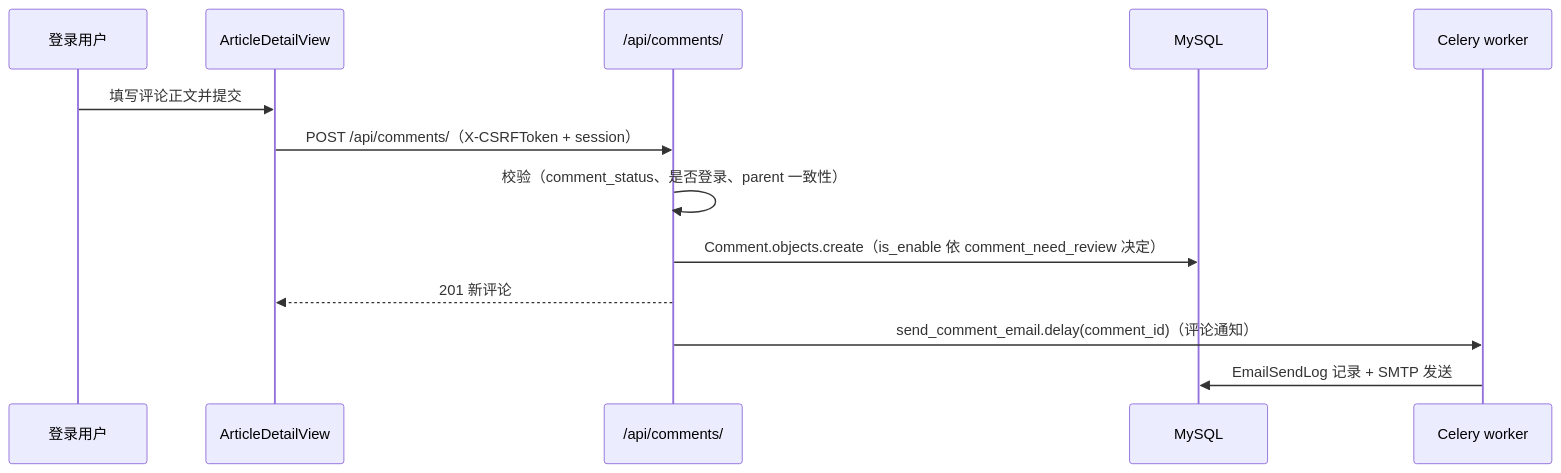
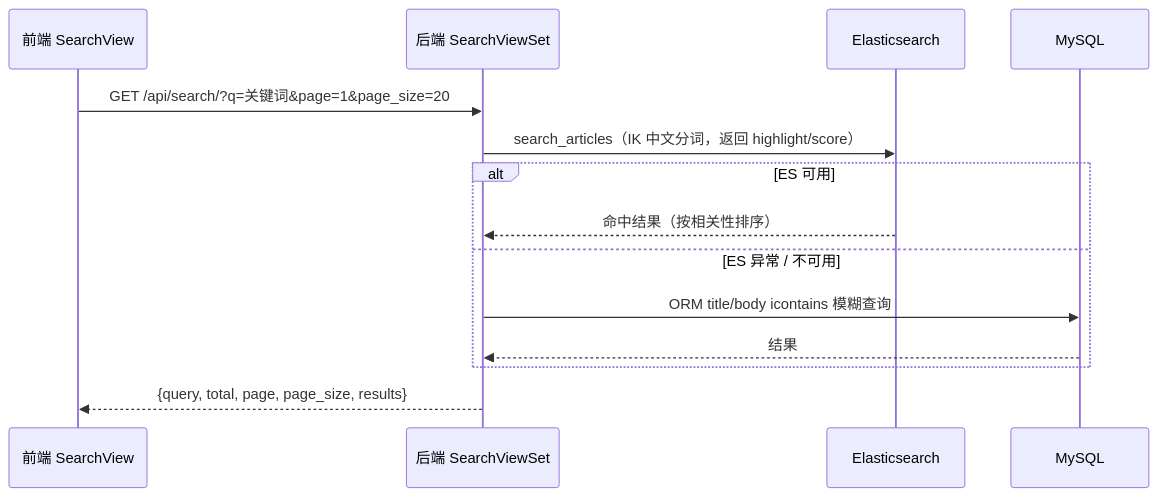
Before and after one commit to CZY1452/whrblog: the second of 3 diagrams in docs/whrblog-start.md, drawn with Mermaid. The commit also changed other lines of this file, not shown here.

````diff
--- a/docs/whrblog-start.md
+++ b/docs/whrblog-start.md
@@ -399,16 +241,16 @@
 ```mermaid
 sequenceDiagram
-    participant U as 登录用户
-    participant C as ArticleDetailView
-    participant A as /api/comments/
+    participant F as 前端 SearchView
+    participant B as 后端 SearchViewSet
+    participant ES as Elasticsearch
     participant DB as MySQL
-    participant W as Celery worker
-
-    U->>C: 填写评论正文并提交
-    C->>A: POST /api/comments/（X-CSRFToken + session）
-    A->>A: 校验（comment_status、是否登录、parent 一致性）
-    A->>DB: Comment.objects.create（is_enable 依 comment_need_review 决定）
-    A-->>C: 201 新评论
-    A->>W: send_comment_email.delay(comment_id)（评论通知）
-    W->>DB: EmailSendLog 记录 + SMTP 发送
+    F->>B: GET /api/search/?q=关键词&page=1&page_size=20
+    B->>ES: search_articles（IK 中文分词，返回 highlight/score）
+    alt ES 可用
+        ES-->>B: 命中结果（按相关性排序）
+    else ES 异常 / 不可用
+        B->>DB: ORM title/body icontains 模糊查询
+        DB-->>B: 结果
+    end
+    B-->>F: {query, total, page, page_size, results}
 ```
````
